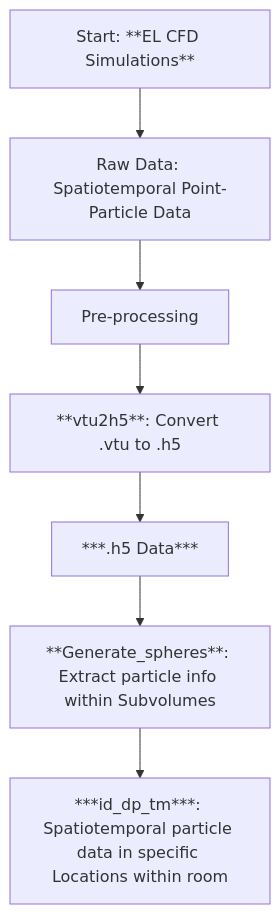
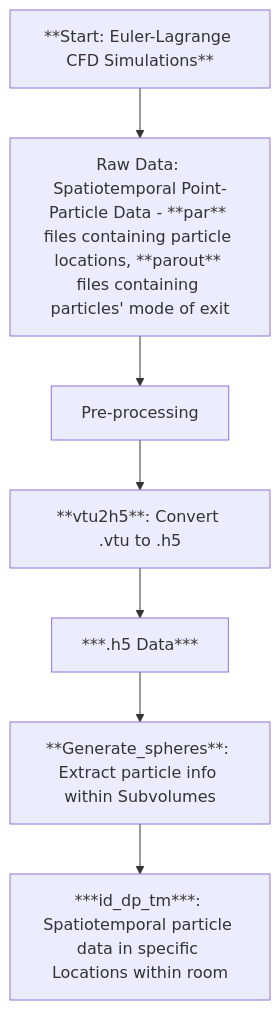
One commit to krishnap561997/MADRAS changed the diagram in README.md. Above: the diagram before and after it, drawn with Mermaid. The commit also changed other lines of this file, not shown here.

````diff
--- a/README.md
+++ b/README.md
@@ -12,13 +13,13 @@
 ```mermaid
 graph TD;
-    A[Start: **EL CFD Simulations**] --> B[Raw Data: Spatiotemporal Point-Particle Data]
+    A[**Start: Euler-Lagrange CFD Simulations**] --> B[Raw Data: Spatiotemporal Point-Particle Data - **par** files containing particle locations, **parout** files containing particles' mode of exit]
 
     B --> C[Pre-processing]
 
     C --> D[**vtu2h5**: Convert .vtu to .h5]
     D --> E[***.h5 Data***]
 
     E --> F[**Generate_spheres**: Extract particle info within Subvolumes]
 
     F --> G[***id_dp_tm***: Spatiotemporal particle data in specific Locations within room]    
 ```
````
